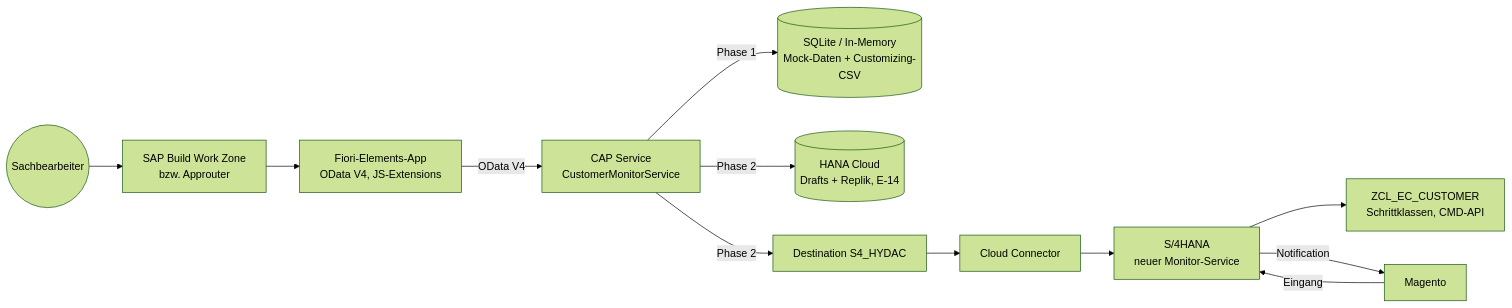
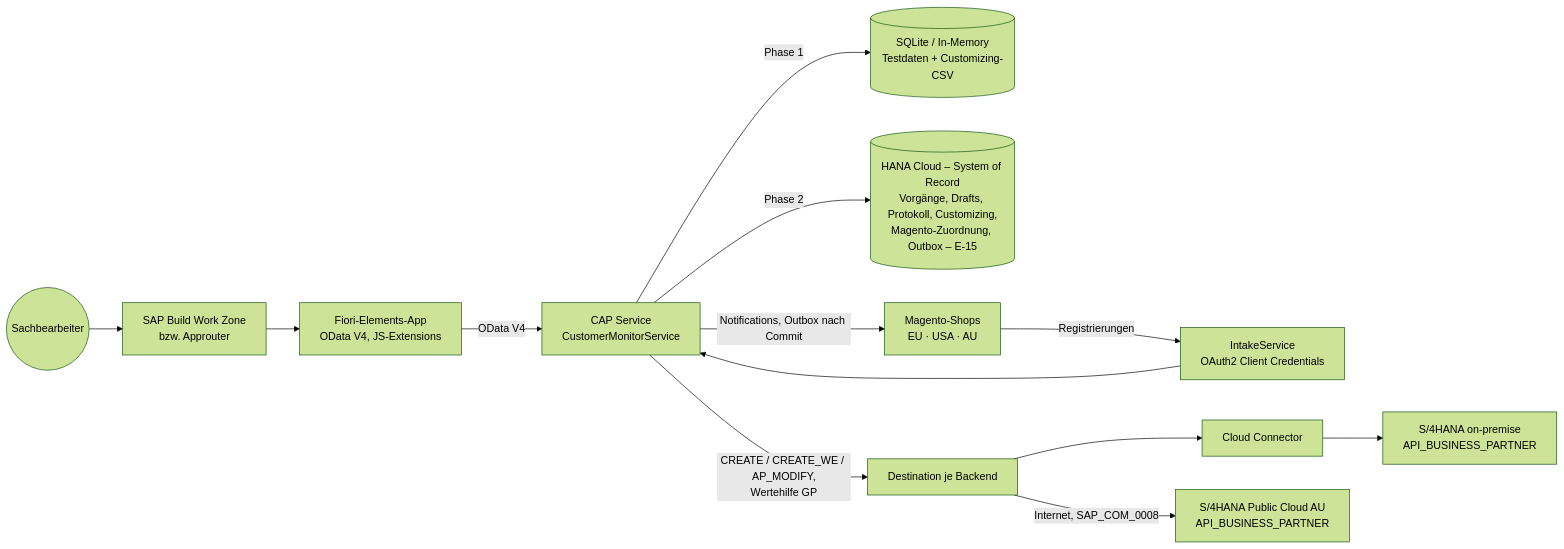
Before and after one commit to igorvorobevde/btp-cust-monitor: the diagram in docs/02_architektur.md, drawn with Mermaid (forest theme). The commit also changed other lines of this file and 10 other files, not shown here.

First line of the commit message:
docs: E-15 – BTP is the system of record, S/4 only via API_BUSINESS_PARTNER, no Z interfaces

````diff
--- a/docs/02_architektur.md
+++ b/docs/02_architektur.md
@@ -5,14 +5,14 @@
 ```mermaid
 flowchart LR
   U((Sachbearbeiter)) --> WZ[SAP Build Work Zone<br/>bzw. Approuter]
   WZ --> UI[Fiori-Elements-App<br/>OData V4, JS-Extensions]
   UI -->|OData V4| CAP[CAP Service<br/>CustomerMonitorService]
-  CAP -->|Phase 1| MOCK[(SQLite / In-Memory<br/>Mock-Daten + Customizing-CSV)]
-  CAP -->|Phase 2| HANA[(HANA Cloud<br/>Drafts + Replik, E-14)]
-  CAP -->|Phase 2| DEST[Destination S4_HYDAC]
-  DEST --> CC[Cloud Connector]
-  CC --> S4[S/4HANA<br/>neuer Monitor-Service]
-  S4 --> LOGIC[ZCL_EC_CUSTOMER<br/>Schrittklassen, CMD-API]
-  S4 -->|Notification| MAG[Magento]
-  MAG -->|Eingang| S4
+  CAP -->|Phase 1| MOCK[(SQLite / In-Memory<br/>Testdaten + Customizing-CSV)]
+  CAP -->|Phase 2| HANA[(HANA Cloud – System of Record<br/>Vorgänge, Drafts, Protokoll, Customizing,<br/>Magento-Zuordnung, Outbox – E-15)]
+  MAG[Magento-Shops<br/>EU · USA · AU] -->|Registrierungen| IN[IntakeService<br/>OAuth2 Client Credentials]
+  IN --> CAP
+  CAP -->|Notifications, Outbox nach Commit| MAG
+  CAP -->|CREATE / CREATE_WE / AP_MODIFY,<br/>Wertehilfe GP| DEST[Destination je Backend]
+  DEST --> CC[Cloud Connector] --> S4[S/4HANA on-premise<br/>API_BUSINESS_PARTNER]
+  DEST -->|Internet, SAP_COM_0008| PC[S/4HANA Public Cloud AU<br/>API_BUSINESS_PARTNER]
 ```
````
